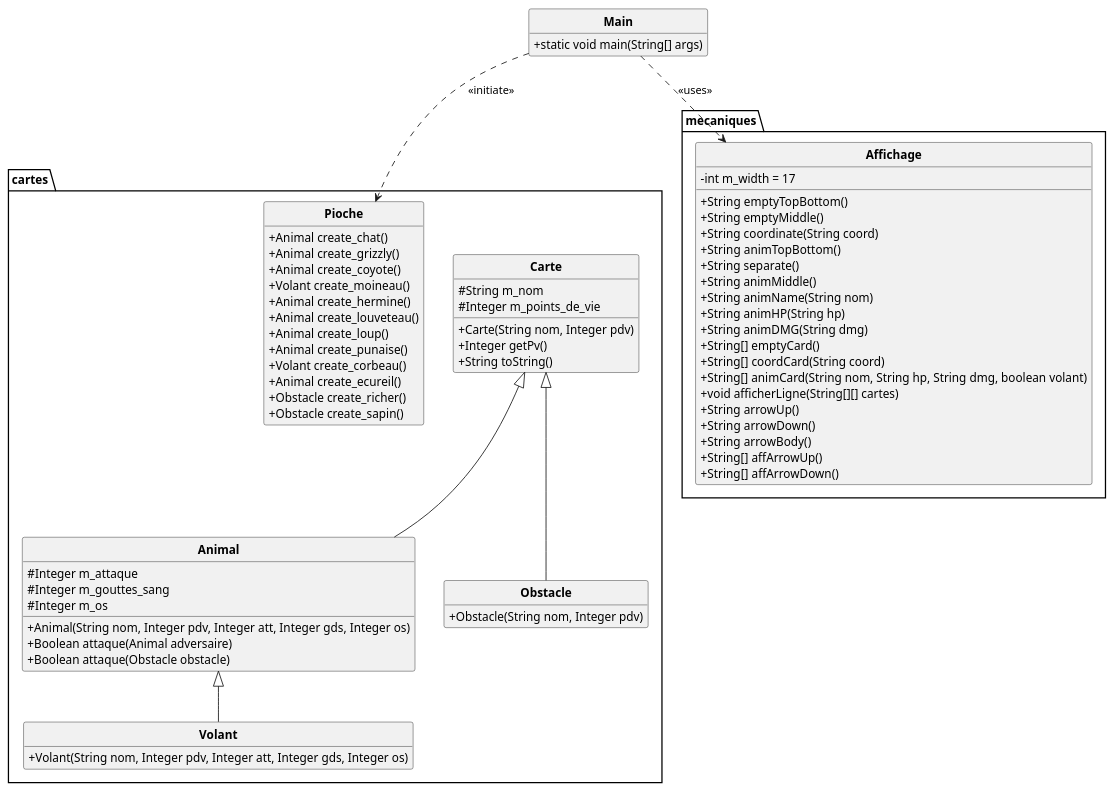
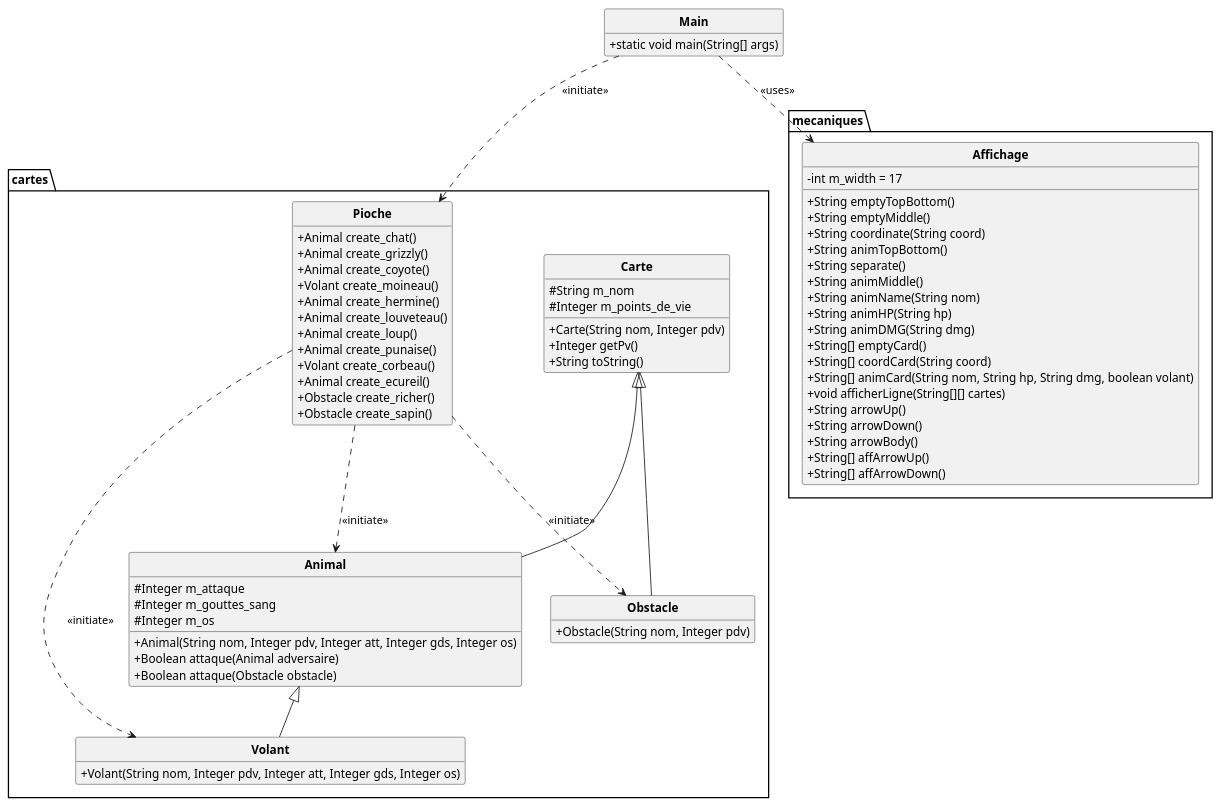
One commit to 3RZ4-L/projet_Inscryption changed the diagram in uml/semaine1.puml. Above: the diagram before and after it, drawn with PlantUML.

Commit message:
Correction uml semaine1

```diff
--- a/uml/semaine1.puml
+++ b/uml/semaine1.puml
@@ -1,84 +1,84 @@
 @startuml
 
 skinparam classAttributeIconSize 0
 skinparam classFontStyle Bold
 skinparam style strictuml
 hide empty members
 
 package cartes {
     class Carte {
         #String m_nom
         #Integer m_points_de_vie
         +Carte(String nom, Integer pdv)
         +Integer getPv()
         +String toString()
     }
 
-    class Animal {
+    class Animal extends Carte{
         #Integer m_attaque
         #Integer m_gouttes_sang
         #Integer m_os
         +Animal(String nom, Integer pdv, Integer att, Integer gds, Integer os)
         +Boolean attaque(Animal adversaire)
         +Boolean attaque(Obstacle obstacle)
     }
 
-    class Volant {
+    class Volant extends Animal{
         +Volant(String nom, Integer pdv, Integer att, Integer gds, Integer os)
     }
 
-    class Obstacle {
+    class Obstacle extends Carte{
         +Obstacle(String nom, Integer pdv)
     }
 
     class Pioche {
         +Animal create_chat()
         +Animal create_grizzly()
         +Animal create_coyote()
         +Volant create_moineau()
         +Animal create_hermine()
         +Animal create_louveteau()
         +Animal create_loup()
         +Animal create_punaise()
         +Volant create_corbeau()
         +Animal create_ecureil()
         +Obstacle create_richer()
         +Obstacle create_sapin()
     }
 }
 
 package mecaniques {
     class Affichage {
         -int m_width = 17
         +String emptyTopBottom()
         +String emptyMiddle()
         +String coordinate(String coord)
         +String animTopBottom()
         +String separate()
         +String animMiddle()
         +String animName(String nom)
         +String animHP(String hp)
         +String animDMG(String dmg)
         +String[] emptyCard()
         +String[] coordCard(String coord)
         +String[] animCard(String nom, String hp, String dmg, boolean volant)
         +void afficherLigne(String[][] cartes)
         +String arrowUp()
         +String arrowDown()
         +String arrowBody()
         +String[] affArrowUp()
         +String[] affArrowDown()
     }
 }
 
 class Main {
     +static void main(String[] args)
 }
 
-Carte <|-- Animal
-Carte <|-- Obstacle
-Animal <|-- Volant
 Main ..> Pioche : <<initiate>>
 Main ..> Affichage : <<uses>>
+Pioche ..> Animal : <<initiate>>
+Pioche ..> Obstacle : <<initiate>>
+Pioche ..> Volant : <<initiate>>
 
 @enduml
```
